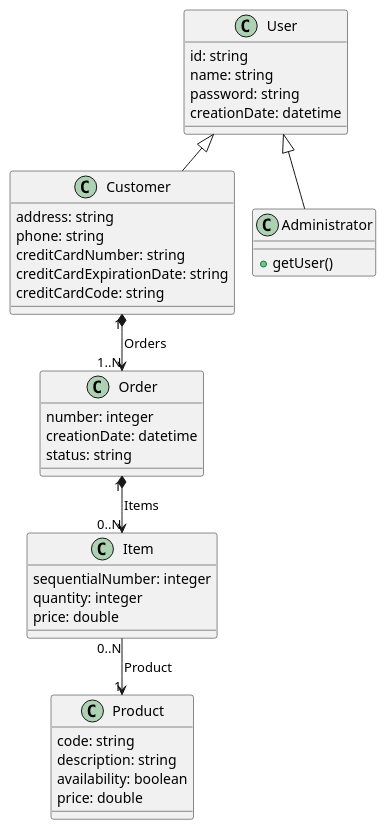
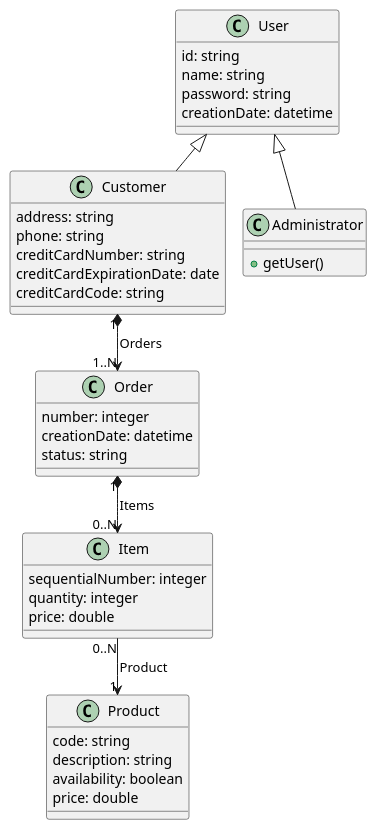
The diagram in uml/class.wsd (treamy1/order_management_system), drawn with PlantUML before and after one commit.

Commit message:
updated date in uml

```diff
--- a/uml/class.wsd
+++ b/uml/class.wsd
@@ -1,51 +1,51 @@
 @startuml design
 !pragma layout smetana
 
 class User {
     id: string
     name: string
     password: string
     creationDate: datetime
 }
 
 class Customer {
     address: string
     phone: string
     creditCardNumber: string
-    creditCardExpirationDate: string
+    creditCardExpirationDate: date
     creditCardCode: string
 }
 
 class Administrator {
     + getUser()
 }
 
 class Product {
     code: string
     description: string
     availability: boolean
     price: double
 }
 
 class Order{
     number: integer
     creationDate: datetime
     status: string
 }
 
 class Item{
     sequentialNumber: integer
     quantity: integer
     price: double
 }
 
 User <|-- Customer
 User <|-- Administrator
 
 Order "1" *--> "0..N" Item : Items
 Item "0..N" --> "1" Product: Product
 Customer "1" *--> "1..N" Order: Orders
 
 
 
 @enduml
```
